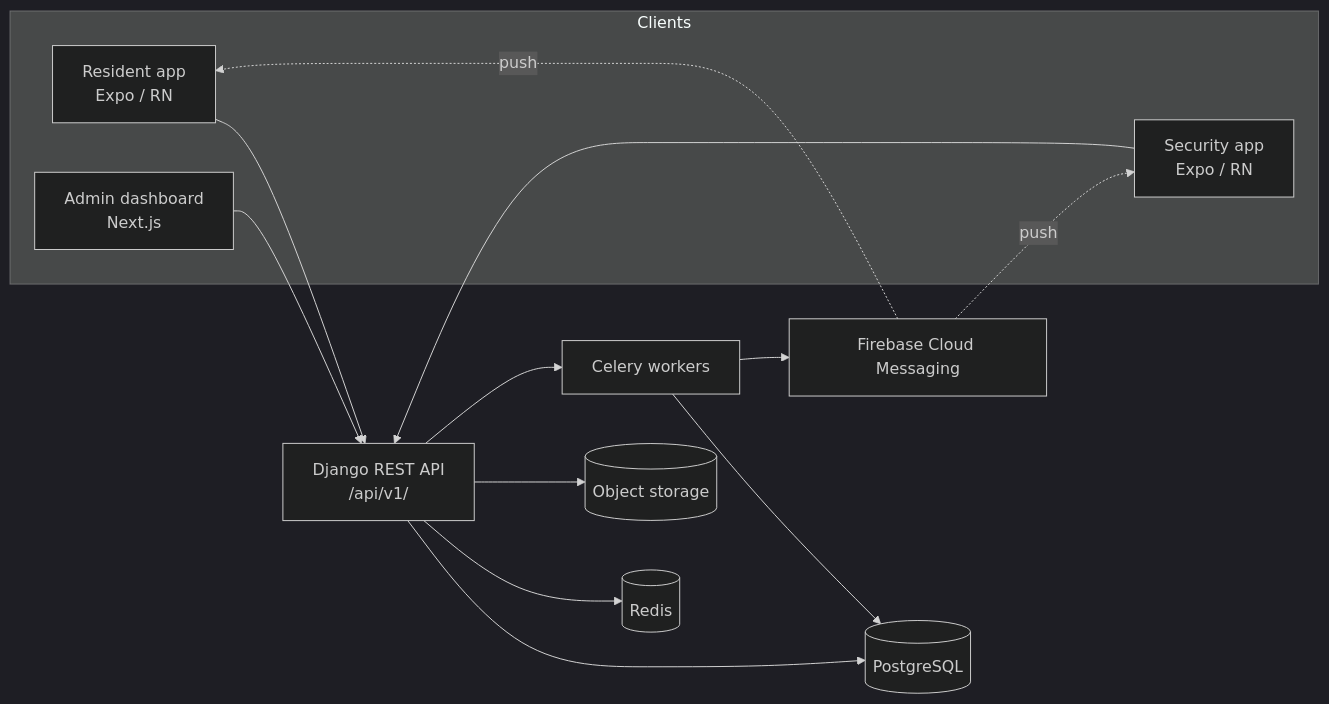
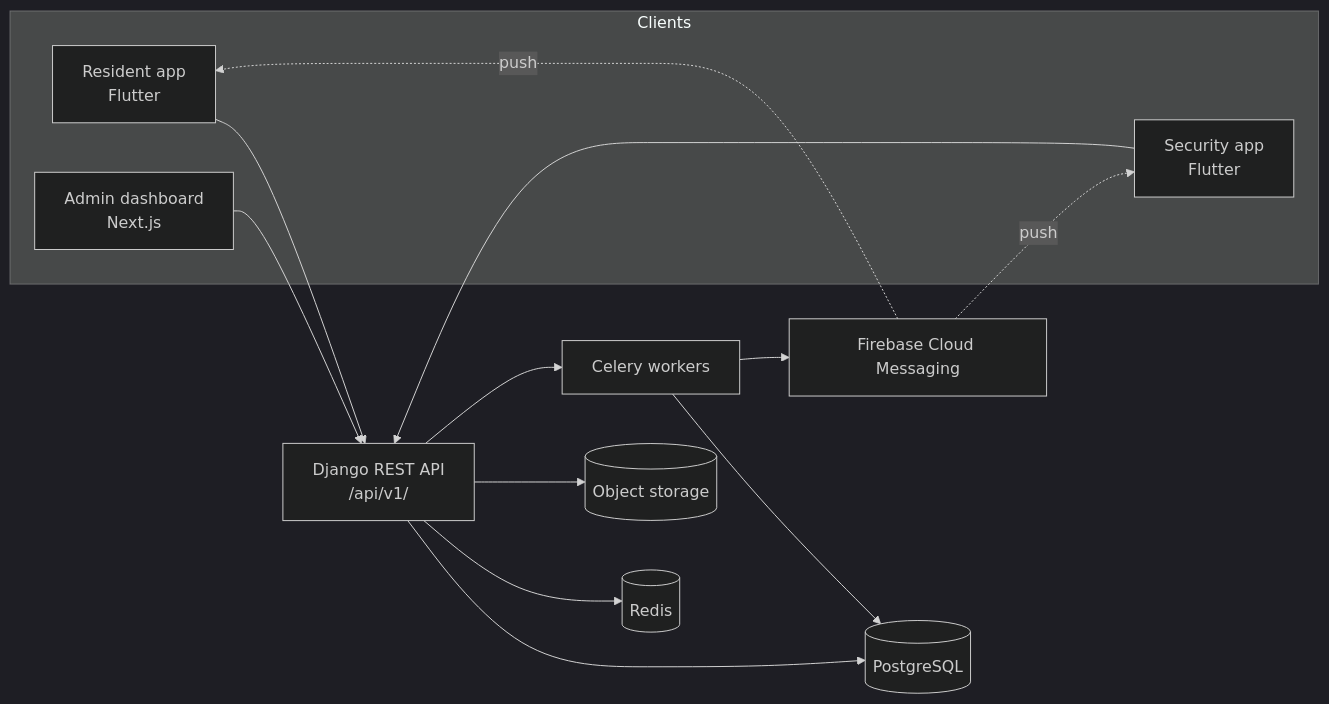
The diagram in documentation/architecture/system-architecture.md (oghenenoghie/visitors-access-management), drawn with Mermaid (dark theme) before and after one commit. The commit also changed other lines of this file and 7 other files, not shown here.

````diff
--- a/documentation/architecture/system-architecture.md
+++ b/documentation/architecture/system-architecture.md
@@ -7,26 +7,26 @@
 ```mermaid
 flowchart LR
   subgraph Clients
-    R[Resident app<br/>Expo / RN]
-    S[Security app<br/>Expo / RN]
+    R[Resident app<br/>Flutter]
+    S[Security app<br/>Flutter]
     A[Admin dashboard<br/>Next.js]
   end
   API[Django REST API<br/>/api/v1/]
   DB[(PostgreSQL)]
   RD[(Redis)]
   CW[Celery workers]
   FCM[Firebase Cloud Messaging]
   OBJ[(Object storage)]
 
   R --> API
   S --> API
   A --> API
   API --> DB
   API --> RD
   API --> OBJ
   API --> CW
   CW --> DB
   CW --> FCM
   FCM -. push .-> R
   FCM -. push .-> S
 ```
````
